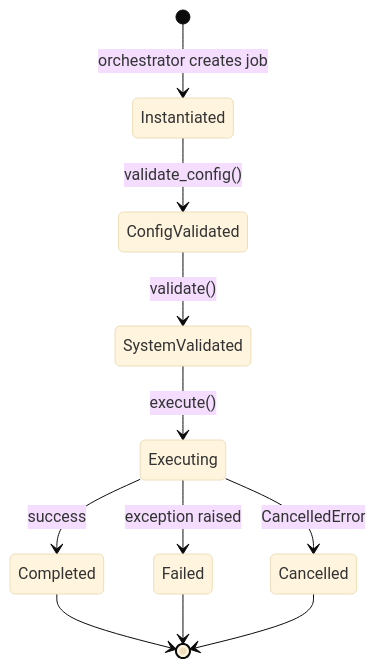
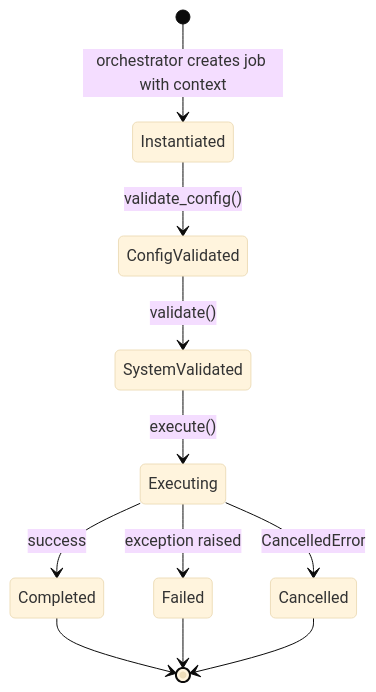
Before and after one commit to flaksit/pc-switcher: the third of 3 diagrams in specs/001-foundation/data-model.md, drawn with Mermaid (base theme). The commit also changed other lines of this file and 13 other files, not shown here.

````diff
--- a/specs/001-foundation/data-model.md
+++ b/specs/001-foundation/data-model.md
@@ -581,13 +584,13 @@
 ```mermaid
 stateDiagram-v2
-    [*] --> Instantiated: orchestrator creates job
+    [*] --> Instantiated: orchestrator creates job with context
     Instantiated --> ConfigValidated: validate_config()
     ConfigValidated --> SystemValidated: validate()
     SystemValidated --> Executing: execute()
     Executing --> Completed: success
     Executing --> Failed: exception raised
     Executing --> Cancelled: CancelledError
     Completed --> [*]
     Failed --> [*]
     Cancelled --> [*]
 ```
````
